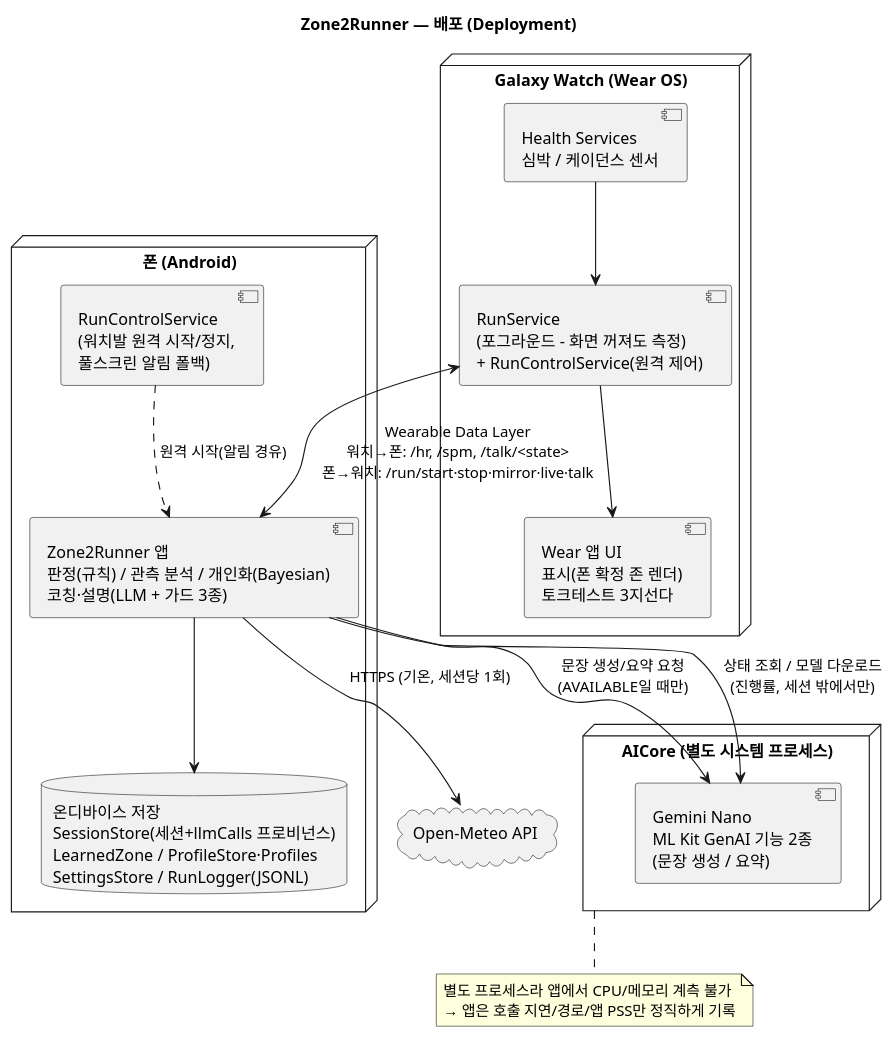
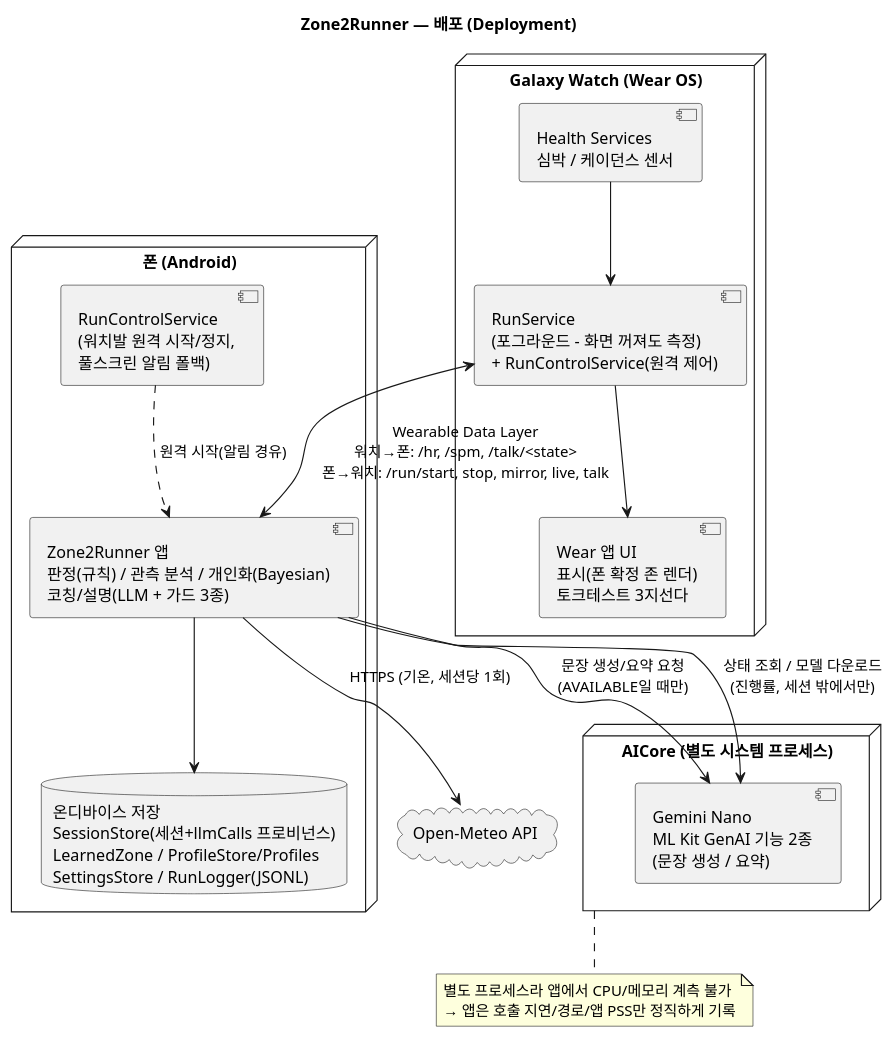
Before and after one commit to tenyearslove/zone2runner: the diagram in arch/diagrams/03-deployment.puml, drawn with PlantUML. The commit also changed 15 other files, not shown here.

```diff
--- a/arch/diagrams/03-deployment.puml
+++ b/arch/diagrams/03-deployment.puml
@@ -1,36 +1,36 @@
 @startuml
 title Zone2Runner — 배포 (Deployment)
 skinparam defaultFontName "Malgun Gothic"
 skinparam shadowing false
 
 node "Galaxy Watch (Wear OS)" as WatchNode {
   component "Wear 앱 UI\n표시(폰 확정 존 렌더)\n토크테스트 3지선다" as WearApp
   component "RunService\n(포그라운드 - 화면 꺼져도 측정)\n+ RunControlService(원격 제어)" as WearSvc
   component "Health Services\n심박 / 케이던스 센서" as HS
 }
 
 node "폰 (Android)" as PhoneNode {
-  component "Zone2Runner 앱\n판정(규칙) / 관측 분석 / 개인화(Bayesian)\n코칭·설명(LLM + 가드 3종)" as PhoneApp
+  component "Zone2Runner 앱\n판정(규칙) / 관측 분석 / 개인화(Bayesian)\n코칭/설명(LLM + 가드 3종)" as PhoneApp
   component "RunControlService\n(워치발 원격 시작/정지,\n풀스크린 알림 폴백)" as PhoneSvc
-  database "온디바이스 저장\nSessionStore(세션+llmCalls 프로비넌스)\nLearnedZone / ProfileStore·Profiles\nSettingsStore / RunLogger(JSONL)" as Store
+  database "온디바이스 저장\nSessionStore(세션+llmCalls 프로비넌스)\nLearnedZone / ProfileStore/Profiles\nSettingsStore / RunLogger(JSONL)" as Store
 }
 
 node "AICore (별도 시스템 프로세스)" as AICore {
   component "Gemini Nano\nML Kit GenAI 기능 2종\n(문장 생성 / 요약)" as NanoModel
 }
 
 cloud "Open-Meteo API" as WeatherCloud
 
 HS --> WearSvc
 WearSvc --> WearApp
-WearSvc <--> PhoneApp : Wearable Data Layer\n워치→폰: /hr, /spm, /talk/<state>\n폰→워치: /run/start·stop·mirror·live·talk
+WearSvc <--> PhoneApp : Wearable Data Layer\n워치→폰: /hr, /spm, /talk/<state>\n폰→워치: /run/start, stop, mirror, live, talk
 PhoneSvc ..> PhoneApp : 원격 시작(알림 경유)
 PhoneApp --> Store
 PhoneApp --> NanoModel : 문장 생성/요약 요청\n(AVAILABLE일 때만)
 PhoneApp --> NanoModel : 상태 조회 / 모델 다운로드\n(진행률, 세션 밖에서만)
 PhoneApp --> WeatherCloud : HTTPS (기온, 세션당 1회)
 note bottom of AICore
   별도 프로세스라 앱에서 CPU/메모리 계측 불가
   → 앱은 호출 지연/경로/앱 PSS만 정직하게 기록
 end note
 @enduml
```
